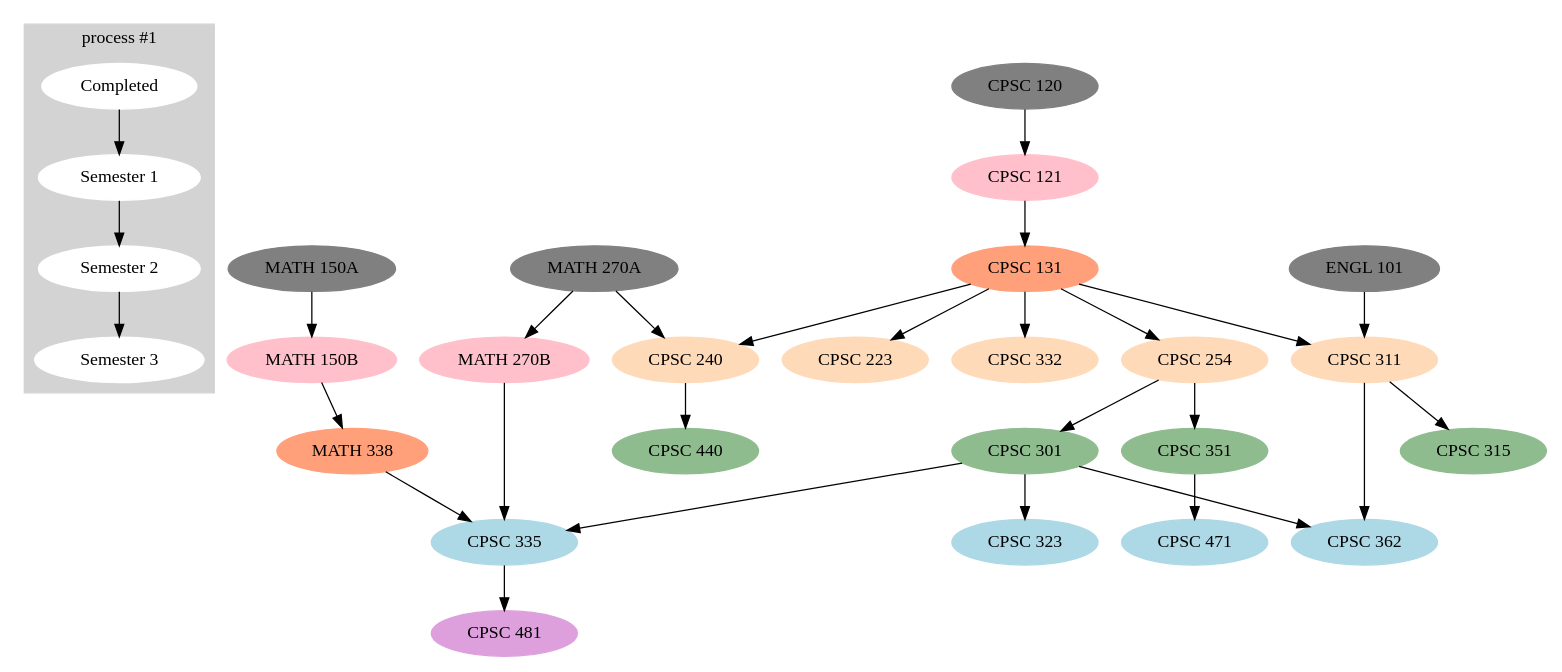
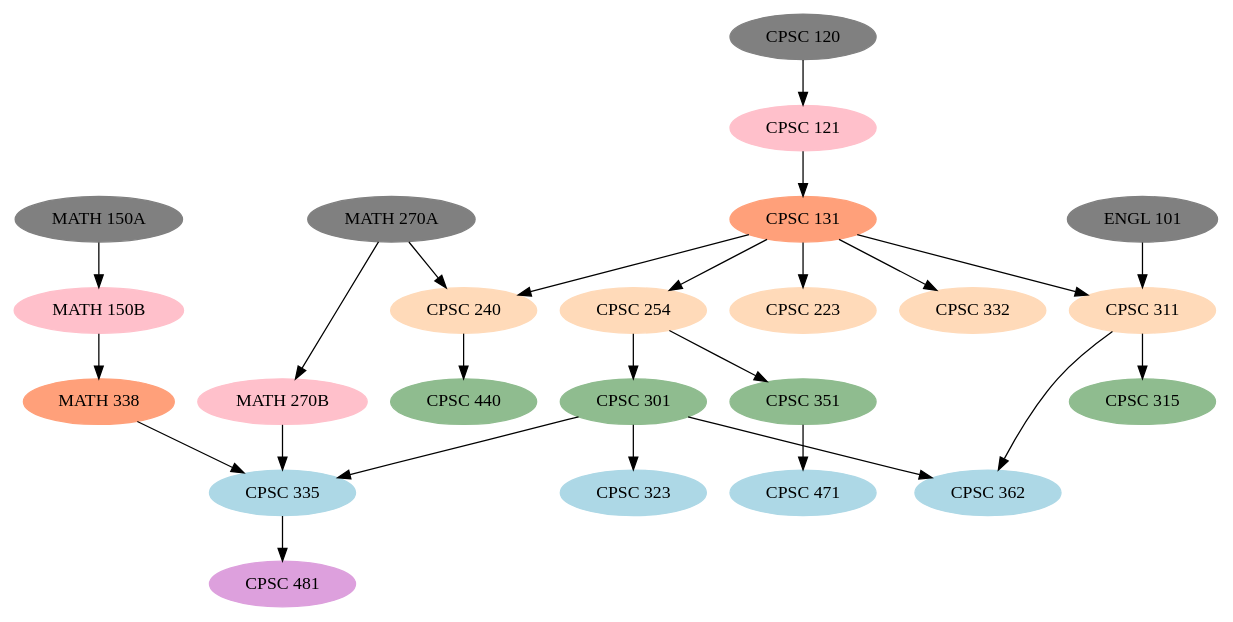
One commit to danaoira/Curriculum-Graph-Visualizer changed the diagram in finalcgv.gv. Above: the diagram before and after it, drawn with Graphviz. The commit also changed 5 other files, not shown here.

```diff
--- a/finalcgv.gv
+++ b/finalcgv.gv
@@ -1,68 +1,57 @@
 digraph finalcgv {
-	subgraph cluster_0 {
-		node [color=white style=filled]
-		size="6,6"
-		style=filled
-		color=lightgrey
-		rankdir=LR
-				Completed -> "Semester 1"
-				"Semester 1" -> "Semester 2"
-				"Semester 2" -> " Semester 3"
-		label = "process #1"
-	}
 	node [color=grey style=filled]
 	"MATH 150A"
 	"MATH 270A"
 	"CPSC 120"
 	"ENGL 101"
 	node [color=pink style=filled]
 	"MATH 150B"
 	"MATH 270B"
 	"CPSC 121"
 	node [color=lightsalmon style=filled]
 	"CPSC 131"
 	"MATH 338"
 	node [color=peachpuff style=filled]
 	"CPSC 240"
 	"CPSC 254"
 	"CPSC 223"
 	"CPSC 332"
 	"CPSC 311"
 	node [color=darkseagreen style=filled]
 	"CPSC 440"
 	"CPSC 301"
 	"CPSC 351"
 	"CPSC 315"
 	node [color=lightblue style=filled]
 	"CPSC 335"
 	"CPSC 323"
 	"CPSC 471"
 	"CPSC 362"
 	node [color=plum style=filled]
 	"CPSC 481"
 	node [color=lightblue style=filled]
+		"CPSC 120" -> "CPSC 121"
+		"CPSC 121" -> "CPSC 131"
+		"CPSC 131" -> "CPSC 223"
+		"CPSC 131" -> "CPSC 240"
+		"CPSC 131" -> "CPSC 254"
+		"CPSC 131" -> "CPSC 311"
+		"CPSC 131" -> "CPSC 332"
+		"CPSC 240" -> "CPSC 440"
+		"CPSC 254" -> "CPSC 301"
+		"CPSC 254" -> "CPSC 351"
+		"CPSC 301" -> "CPSC 323"
+		"CPSC 301" -> "CPSC 335"
+		"CPSC 301" -> "CPSC 362"
+		"CPSC 311" -> "CPSC 315"
+		"CPSC 311" -> "CPSC 362"
+		"CPSC 335" -> "CPSC 481"
+		"CPSC 351" -> "CPSC 471"
+		"ENGL 101" -> "CPSC 311"
 		"MATH 150A" -> "MATH 150B"
 		"MATH 150B" -> "MATH 338"
+		"MATH 270A" -> "CPSC 240"
+		"MATH 270A" -> "MATH 270B"
+		"MATH 270B" -> "CPSC 335"
 		"MATH 338" -> "CPSC 335"
-		"MATH 270A" -> "MATH 270B"
-		"MATH 270A" -> "CPSC 240"
-		"MATH 270B" -> "CPSC 335"
-		"CPSC 335" -> "CPSC 481"
-		"CPSC 240" -> "CPSC 440"
-		"CPSC 120" -> "CPSC 121"
-		"CPSC 121" -> "CPSC 131"
-		"CPSC 131" -> "CPSC 240"
-		"CPSC 131" -> "CPSC 223"
-		"CPSC 131" -> "CPSC 254"
-		"CPSC 131" -> "CPSC 332"
-		"CPSC 131" -> "CPSC 311"
-		"CPSC 254" -> "CPSC 301"
-		"CPSC 254" -> "CPSC 351"
-		"CPSC 301" -> "CPSC 335"
-		"CPSC 301" -> "CPSC 323"
-		"CPSC 301" -> "CPSC 362"
-		"CPSC 351" -> "CPSC 471"
-		"ENGL 101" -> "CPSC 311"
-		"CPSC 311" -> "CPSC 315"
-		"CPSC 311" -> "CPSC 362"
 }
```
